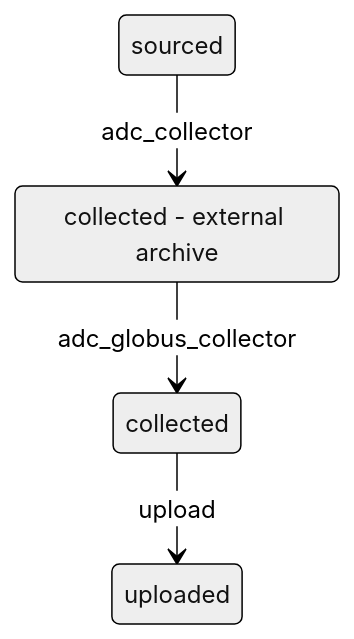
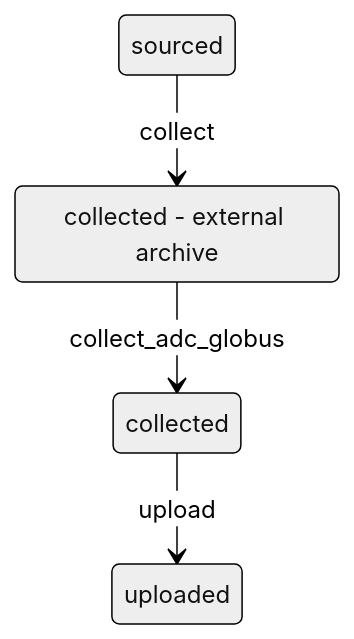
One commit to mkraley/DRPPipeline changed the fourth of 6 diagrams in docs/Status.md. Above: the diagram before and after it, drawn with Mermaid (neutral theme). The commit also changed other lines of this file and 48 other files, not shown here.

````diff
--- a/docs/Status.md
+++ b/docs/Status.md
@@ -152,7 +151,7 @@
 ```mermaid
 stateDiagram-v2
-  sourced --> external: adc_collector
+  sourced --> external: collect
   external: collected - external archive
-  external --> collected: adc_globus_collector
+  external --> collected: collect_adc_globus
   collected --> uploaded: upload
 ```
````
